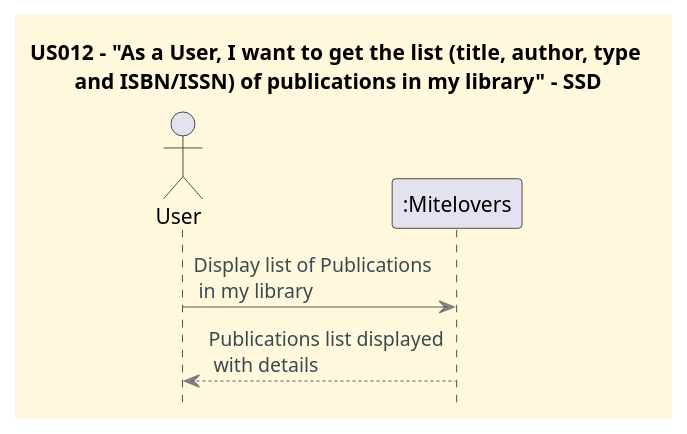
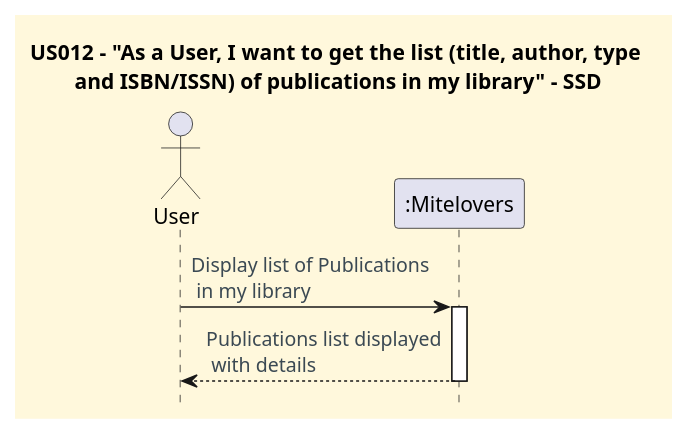
Before and after one commit to CarolinaLeite-collab/JavaMarketplacePlatform: the diagram in docs/user-stories/US012/US012_get_list_of_publications_in_my_library_SSD.puml, drawn with PlantUML. The commit also changed 4 other files, not shown here.

```diff
--- a/docs/user-stories/US012/US012_get_list_of_publications_in_my_library_SSD.puml
+++ b/docs/user-stories/US012/US012_get_list_of_publications_in_my_library_SSD.puml
@@ -1,37 +1,38 @@
 @startuml
 'https://plantuml.com/sequence-diagram
 '==== basic style ====
 
 'hides unwanted text
 hide stereotype
 
 skinparam monochrome false
-
 skinparam shadowing false
 skinparam defaultFontName Futura
 skinparam objectFontSize 20
 skinparam backgroundColor CornSilk
 skinparam objectBackgroundColor WhiteSmoke
 skinparam noteBackgroundColor #FFFFE0
 skinparam ArrowFontColor #3B4953
-skinparam ArrowColor #57595BAA
+skinparam ActivationBackgroundColor black
 
 'undefined objects
 skinparam object {
   BackgroundColor<<highlight>> 91C6BCAA
   BorderColor<<highlight>> 4B9DA9AA
   FontColor<<highlight>> 547792AA
 }
 skinparam shadowing<<highlight>> false
 hide footbox
 
 title US012 – "As a User, I want to get the list (title, author, type \nand ISBN/ISSN) of publications in my library" - SSD
 
 actor User
-participant ":Mitelovers"
+participant ":Mitelovers" as SYSTEM
 
-User -> ":Mitelovers" : Display list of Publications\n in my library
-":Mitelovers" --> User : Publications list displayed\n with details
+User -> SYSTEM : Display list of Publications\n in my library
+activate SYSTEM
+SYSTEM --> User : Publications list displayed\n with details
+deactivate SYSTEM
 
 
 @enduml
```
